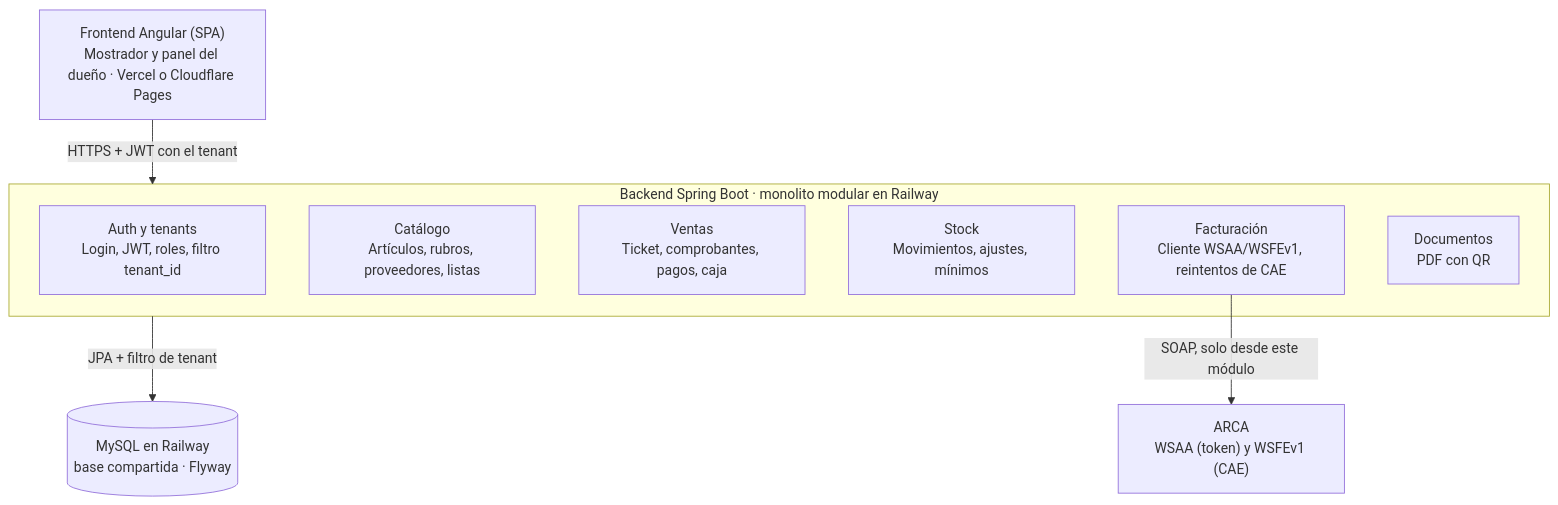
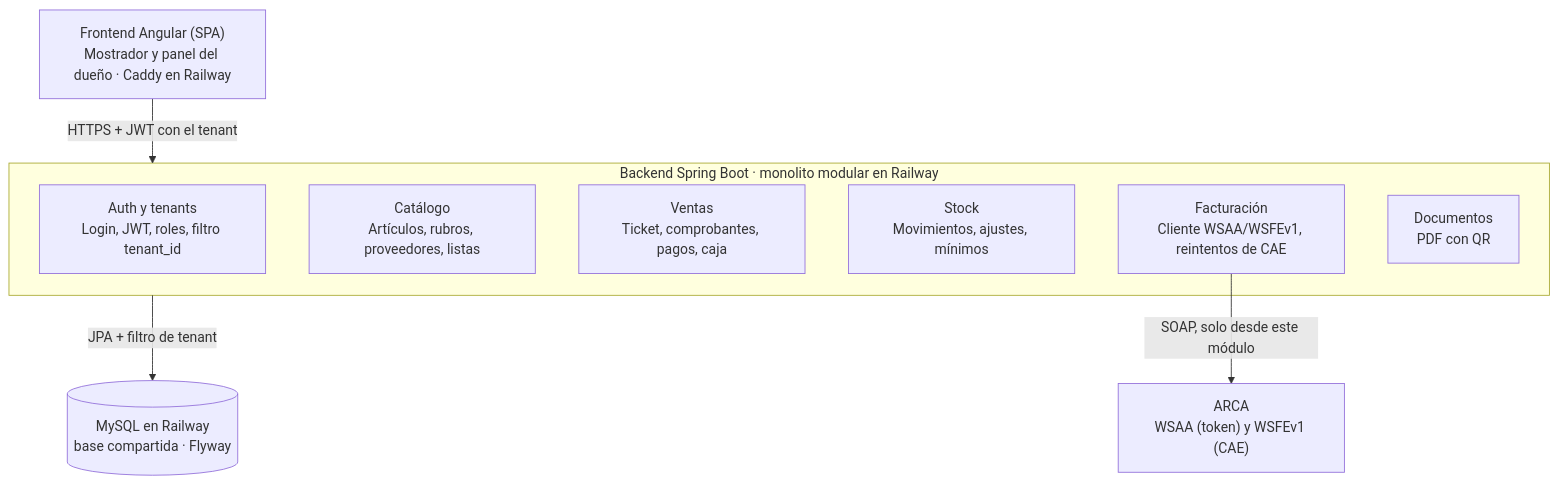
One commit to luca884/ferreteria changed the diagram in docs/spec.md. Above: the diagram before and after it, drawn with Mermaid. The commit also changed other lines of this file and 9 other files, not shown here.

First line of the commit message:
chore: el frontend se sirve desde Railway con Caddy en lugar de Vercel

````diff
--- a/docs/spec.md
+++ b/docs/spec.md
@@ -399,17 +399,17 @@
 ```mermaid
 flowchart TB
-    FE["Frontend Angular (SPA)<br/>Mostrador y panel del dueño · Vercel o Cloudflare Pages"]
+    FE["Frontend Angular (SPA)<br/>Mostrador y panel del dueño · Caddy en Railway"]
     subgraph BE["Backend Spring Boot · monolito modular en Railway"]
         AUTH["Auth y tenants<br/>Login, JWT, roles, filtro tenant_id"]
         CAT["Catálogo<br/>Artículos, rubros, proveedores, listas"]
         VEN["Ventas<br/>Ticket, comprobantes, pagos, caja"]
         STK["Stock<br/>Movimientos, ajustes, mínimos"]
         FAC["Facturación<br/>Cliente WSAA/WSFEv1, reintentos de CAE"]
         DOC["Documentos<br/>PDF con QR"]
     end
     DB[("MySQL en Railway<br/>base compartida · Flyway")]
     ARCA["ARCA<br/>WSAA (token) y WSFEv1 (CAE)"]
     FE -- "HTTPS + JWT con el tenant" --> BE
     BE -- "JPA + filtro de tenant" --> DB
     FAC -- "SOAP, solo desde este módulo" --> ARCA
 ```
````
